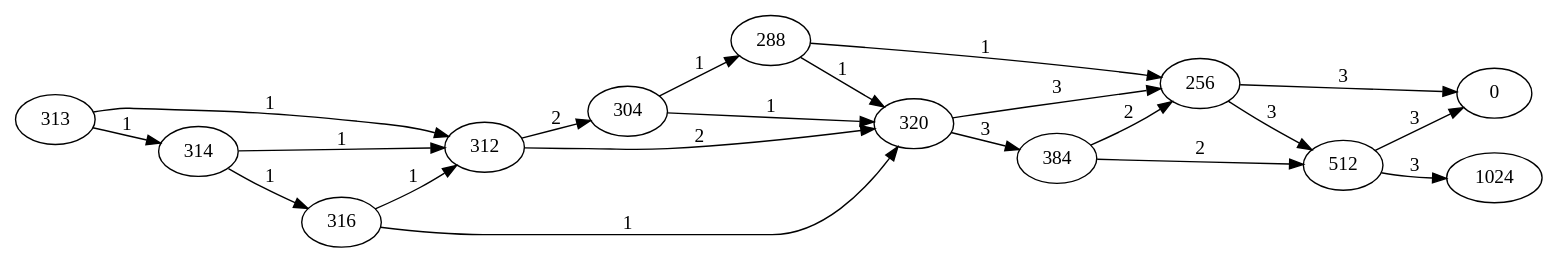
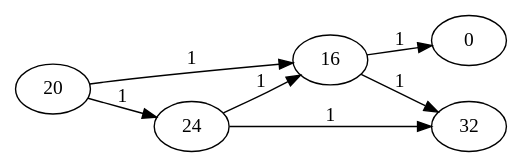
The diagram in GuiTool/image/DMRW/DMRWDot.dot (iitramar/guiTool), drawn with Graphviz before and after one commit. The commit also changed 86 other files, not shown here.

```diff
--- a/GuiTool/image/DMRW/DMRWDot.dot
+++ b/GuiTool/image/DMRW/DMRWDot.dot
@@ -1,35 +1,14 @@
 digraph DMRW{
 rankdir = LR;
-313 [pos="6,23!"];
-313 -> 312 [label="1"];
-312 [pos="2,21!"];
-312 -> 304 [label="2"];
-304 [pos="2,19!"];
-304 -> 288 [label="1"];
-288 [pos="2,17!"];
-288 -> 256 [label="1"];
-256 [pos="2,15!"];
-256 -> 0 [label="3"];
-0 [pos="2,13!"];
-256 -> 512 [label="3"];
-512 [pos="8,13!"];
-512 -> 0 [label="3"];
-512 -> 1024 [label="3"];
-1024 [pos="8,11!"];
-288 -> 320 [label="1"];
-320 [pos="8,15!"];
-320 -> 256 [label="3"];
-320 -> 384 [label="3"];
-384 [pos="8,13!"];
-384 -> 256 [label="2"];
-384 -> 512 [label="2"];
-304 -> 320 [label="1"];
-312 -> 320 [label="2"];
-313 -> 314 [label="1"];
-314 [pos="8,21!"];
-314 -> 312 [label="1"];
-314 -> 316 [label="1"];
-316 [pos="8,19!"];
-316 -> 312 [label="1"];
-316 -> 320 [label="1"];
+20 [pos="6,23!"];
+20 -> 16 [label="1"];
+16 [pos="2,21!"];
+16 -> 0 [label="1"];
+0 [pos="2,19!"];
+16 -> 32 [label="1"];
+32 [pos="8,19!"];
+20 -> 24 [label="1"];
+24 [pos="8,21!"];
+24 -> 16 [label="1"];
+24 -> 32 [label="1"];
 }
```
